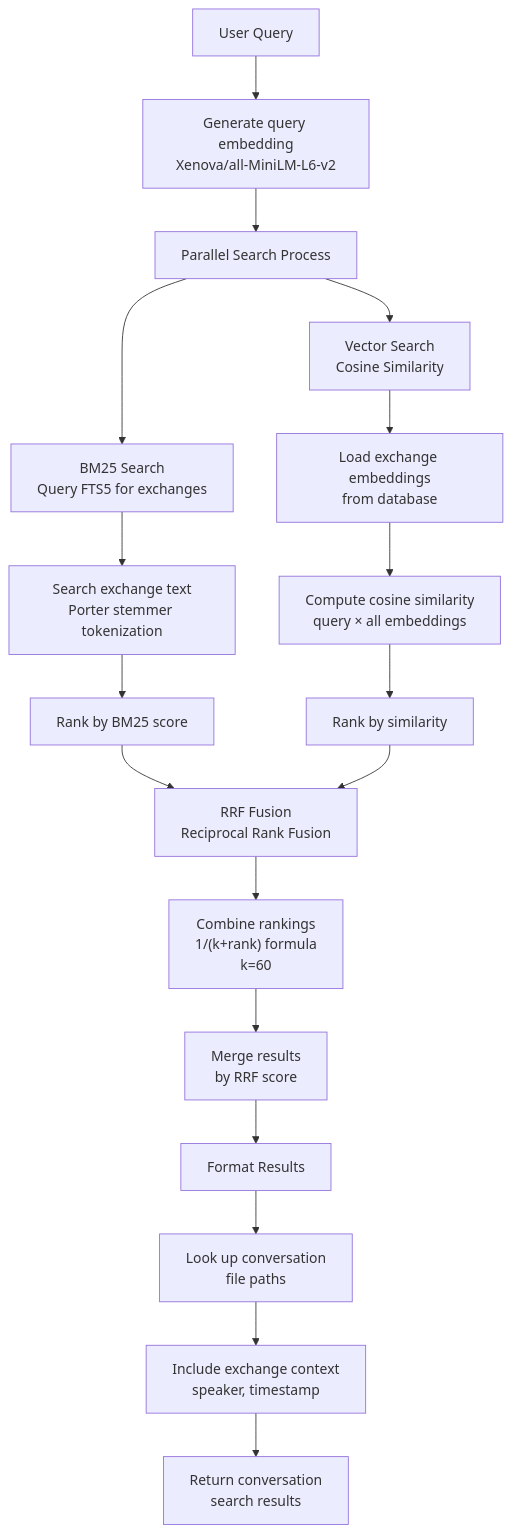
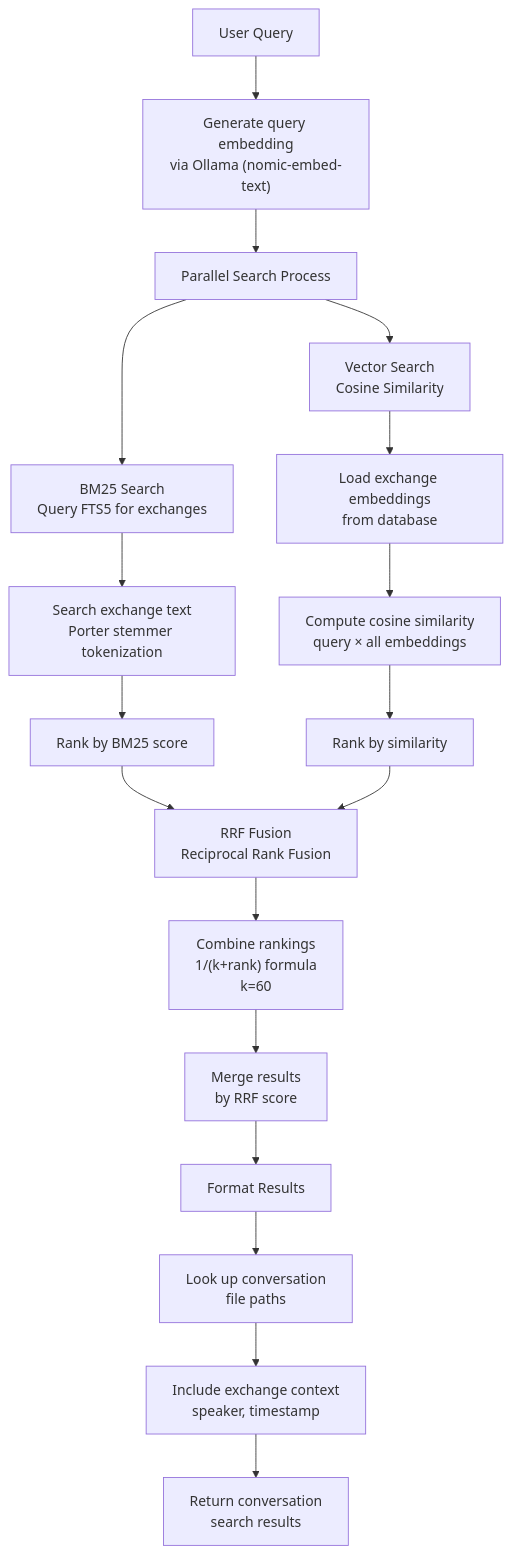
Before and after one commit to timbuchinger/context-cache: the fourth of 4 diagrams in docs/architecture/index.md, drawn with Mermaid. The commit also changed other lines of this file and 6 other files, not shown here.

Commit message:
docs: update from xenova to ollama embeddings

````diff
--- a/docs/architecture/index.md
+++ b/docs/architecture/index.md
@@ -348,20 +348,20 @@
 ```mermaid
 graph TD
-    A["User Query"] --> B["Generate query embedding<br/>Xenova/all-MiniLM-L6-v2"]
+    A["User Query"] --> B["Generate query embedding<br/>via Ollama (nomic-embed-text)"]
     B --> C["Parallel Search Process"]
     C --> D["BM25 Search<br/>Query FTS5 for exchanges"]
     C --> E["Vector Search<br/>Cosine Similarity"]
     D --> D1["Search exchange text<br/>Porter stemmer tokenization"]
     D1 --> D2["Rank by BM25 score"]
     E --> E1["Load exchange embeddings<br/>from database"]
     E1 --> E2["Compute cosine similarity<br/>query × all embeddings"]
     E2 --> E3["Rank by similarity"]
     D2 --> F["RRF Fusion<br/>Reciprocal Rank Fusion"]
     E3 --> F
     F --> F1["Combine rankings<br/>1/(k+rank) formula<br/>k=60"]
     F1 --> F2["Merge results<br/>by RRF score"]
     F2 --> G["Format Results"]
     G --> G1["Look up conversation<br/>file paths"]
     G1 --> G2["Include exchange context<br/>speaker, timestamp"]
     G2 --> G3["Return conversation<br/>search results"]
 ```
````
